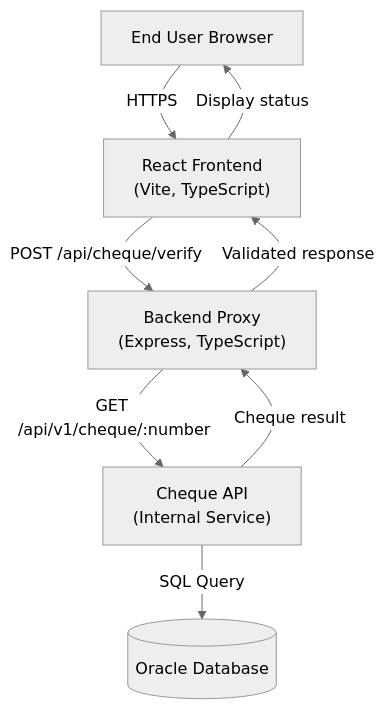
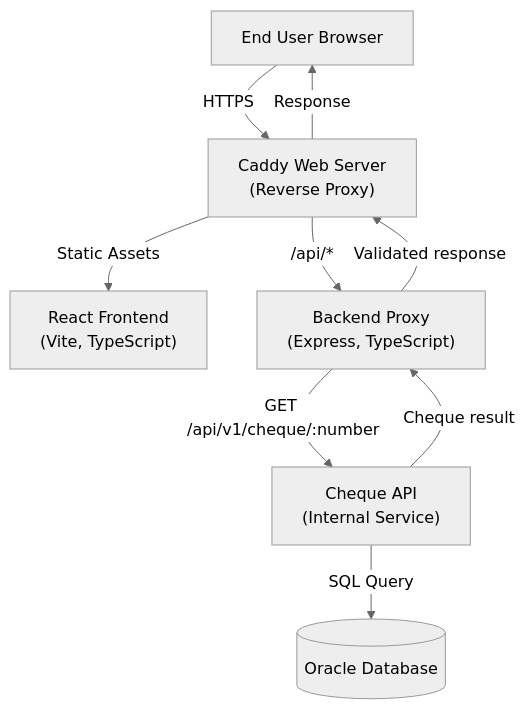
The diagram in docs/architecture.md (bcgov/cheque-verification), drawn with Mermaid (neutral theme) before and after one commit. The commit also changed other lines of this file, not shown here.

First line of the commit message:
Update architecture docs to include Caddy reverse proxy

````diff
--- a/docs/architecture.md
+++ b/docs/architecture.md
@@ -7,19 +7,22 @@
 ```mermaid
 flowchart TD
     User[End User Browser]
+    Caddy["Caddy Web Server
+    (Reverse Proxy)"]
     FE["React Frontend
     (Vite, TypeScript)"]
     BE["Backend Proxy
     (Express, TypeScript)"]
     API["Cheque API
     (Internal Service)"]
     DB[(Oracle Database)]
 
-    User -->|HTTPS| FE
-    FE -->|POST /api/cheque/verify| BE
+    User -->|HTTPS| Caddy
+    Caddy -->|Static Assets| FE
+    Caddy -->|/api/*| BE
     BE -->|GET /api/v1/cheque/:number| API
     API -->|SQL Query| DB
     API -->|Cheque result| BE
-    BE -->|Validated response| FE
-    FE -->|Display status| User
+    BE -->|Validated response| Caddy
+    Caddy -->|Response| User
 ```
````
